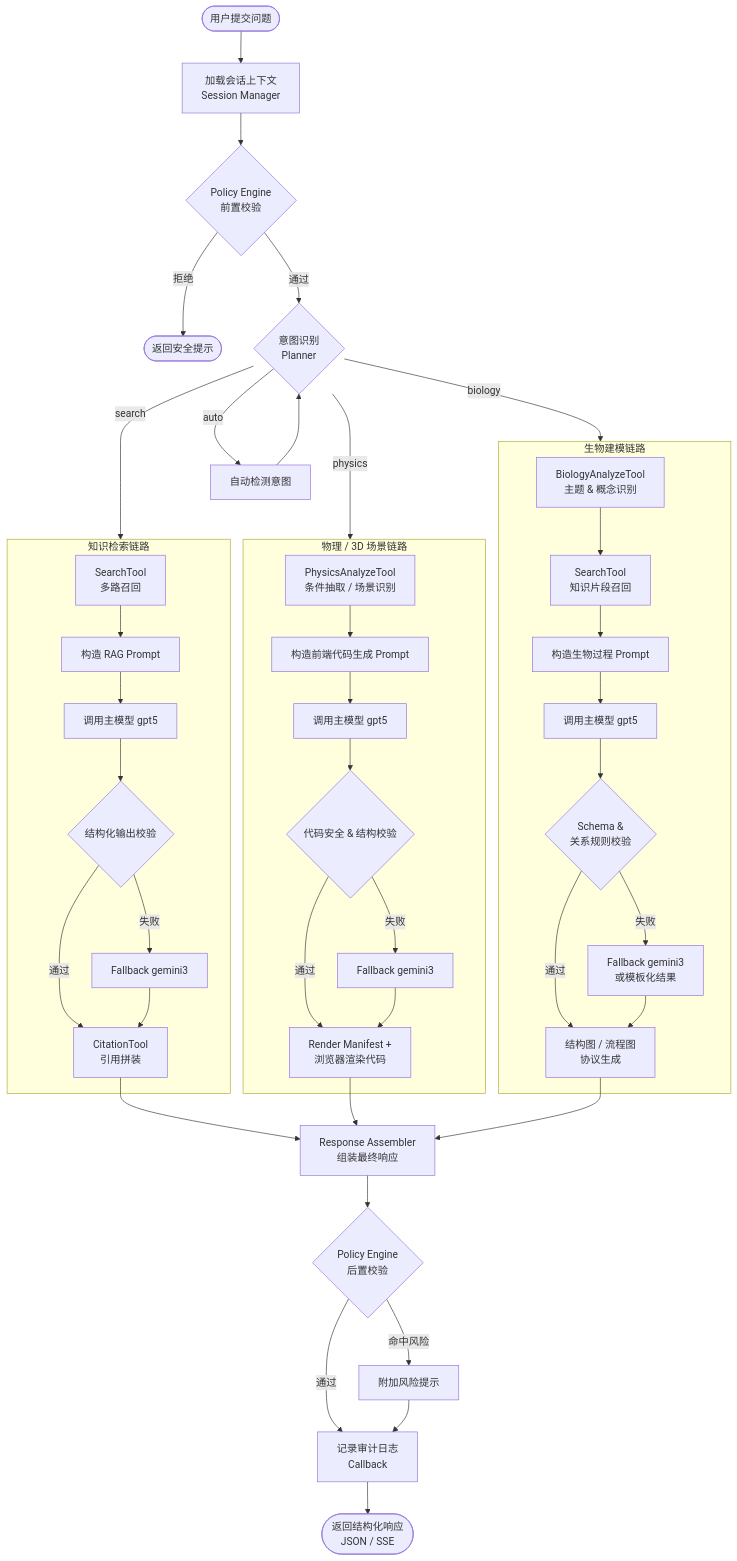
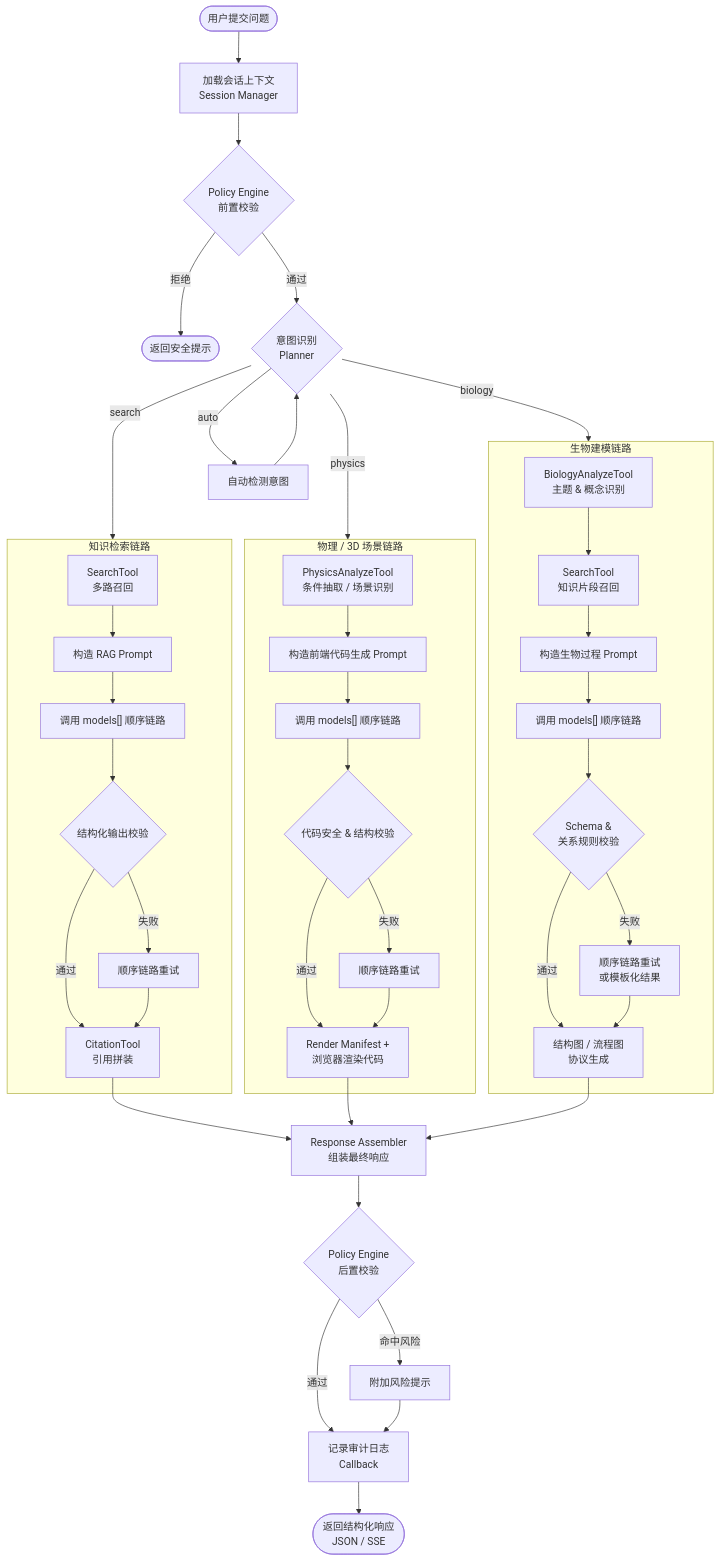
One commit to beihai0xff/snowy changed the second of 3 diagrams in docs/tech-solution.md. Above: the diagram before and after it, drawn with Mermaid. The commit also changed other lines of this file and 27 other files, not shown here.

````diff
--- a/docs/tech-solution.md
+++ b/docs/tech-solution.md
@@ -762,46 +762,46 @@
 ```mermaid
 flowchart TD
     Start([用户提交问题]) --> LoadCtx["加载会话上下文<br/>Session Manager"]
     LoadCtx --> PolicyPre{"Policy Engine<br/>前置校验"}
     PolicyPre -->|拒绝| Reject([返回安全提示])
     PolicyPre -->|通过| Classify{"意图识别<br/>Planner"}
 
     Classify -->|search| SearchBranch
     Classify -->|physics| PhysicsBranch
     Classify -->|biology| BiologyBranch
     Classify -->|auto| AutoDetect["自动检测意图"] --> Classify
 
     subgraph SearchBranch ["知识检索链路"]
         S1["SearchTool<br/>多路召回"] --> S2["构造 RAG Prompt"]
-        S2 --> S3["调用主模型 gpt5"]
+        S2 --> S3["调用 models[] 顺序链路"]
         S3 --> S4{"结构化输出校验"}
         S4 -->|通过| S5["CitationTool<br/>引用拼装"]
-        S4 -->|失败| S6["Fallback gemini3"] --> S5
+        S4 -->|失败| S6["顺序链路重试"] --> S5
     end
 
     subgraph PhysicsBranch ["物理 / 3D 场景链路"]
         P1["PhysicsAnalyzeTool<br/>条件抽取 / 场景识别"] --> P2["构造前端代码生成 Prompt"]
-        P2 --> P3["调用主模型 gpt5"]
+        P2 --> P3["调用 models[] 顺序链路"]
         P3 --> P4{"代码安全 & 结构校验"}
         P4 -->|通过| P5["Render Manifest +<br/>浏览器渲染代码"]
-        P4 -->|失败| P6["Fallback gemini3"] --> P5
+        P4 -->|失败| P6["顺序链路重试"] --> P5
     end
 
     subgraph BiologyBranch ["生物建模链路"]
         B1["BiologyAnalyzeTool<br/>主题 & 概念识别"] --> B2["SearchTool<br/>知识片段召回"]
         B2 --> B3["构造生物过程 Prompt"]
-        B3 --> B4["调用主模型 gpt5"]
+        B3 --> B4["调用 models[] 顺序链路"]
         B4 --> B5{"Schema &<br/>关系规则校验"}
         B5 -->|通过| B6["结构图 / 流程图<br/>协议生成"]
-        B5 -->|失败| B7["Fallback gemini3<br/>或模板化结果"] --> B6
+        B5 -->|失败| B7["顺序链路重试<br/>或模板化结果"] --> B6
     end
 
     S5 --> Assemble
     P5 --> Assemble
     B6 --> Assemble
 
     Assemble["Response Assembler<br/>组装最终响应"] --> PolicyPost{"Policy Engine<br/>后置校验"}
     PolicyPost -->|通过| Audit["记录审计日志<br/>Callback"]
     PolicyPost -->|命中风险| AddWarning["附加风险提示"] --> Audit
     Audit --> Done([返回结构化响应<br/>JSON / SSE])
 ```
````
